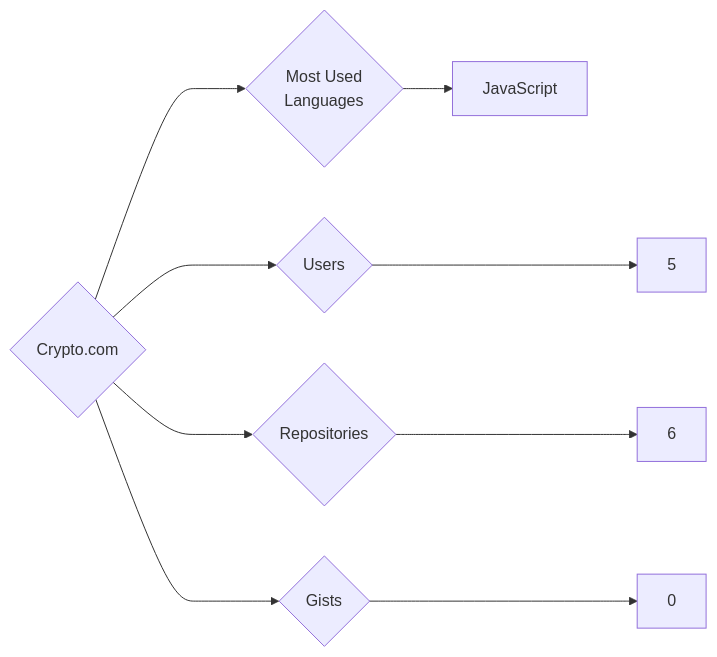
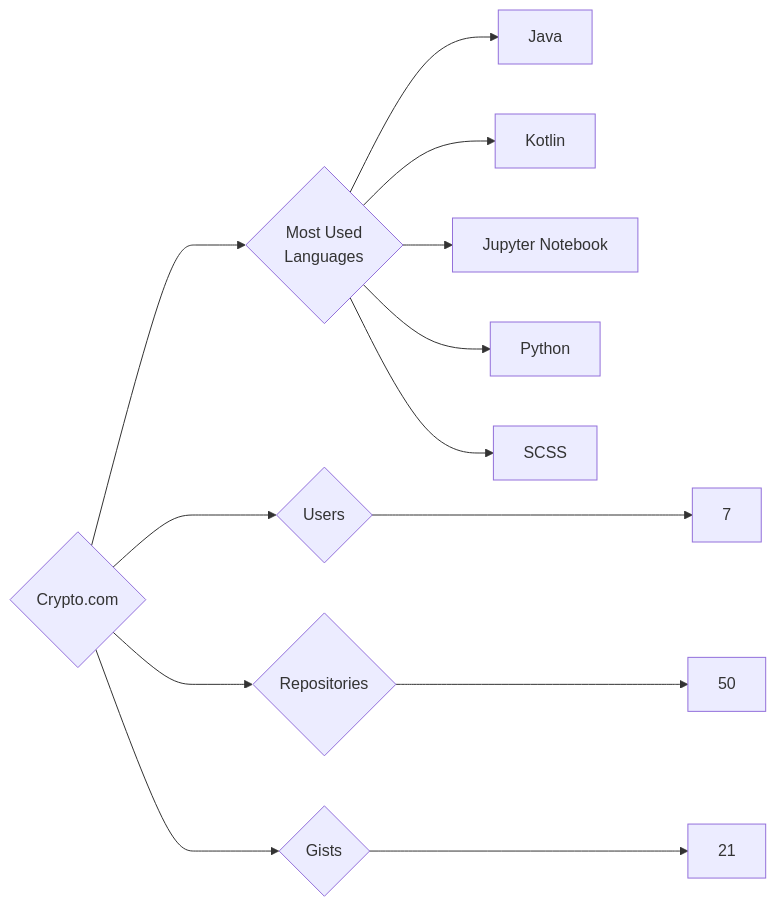
The diagram in targets/Crypto.com/README.md (trickest/insiders), drawn with Mermaid before and after one commit. The commit also changed 932 other files, not shown here.

````diff
--- a/targets/Crypto.com/README.md
+++ b/targets/Crypto.com/README.md
@@ -3,9 +3,13 @@
 ```mermaid
 graph LR
 COMPANY_NAME{Crypto.com}
-COMPANY_NAME ---> U{Users} ---> UN[5]
-COMPANY_NAME ---> R{Repositories} ---> RN[6]
-COMPANY_NAME ---> G{Gists} ---> GN[0]
+COMPANY_NAME ---> U{Users} ---> UN[7]
+COMPANY_NAME ---> R{Repositories} ---> RN[50]
+COMPANY_NAME ---> G{Gists} ---> GN[21]
 COMPANY_NAME ---> ML{Most Used<br>Languages}
-ML --> JavaScript[JavaScript]
+ML --> Java[Java]
+ML --> Kotlin[Kotlin]
+ML --> Jupyter_Notebook[Jupyter Notebook]
+ML --> Python[Python]
+ML --> SCSS[SCSS]
 ```
````
